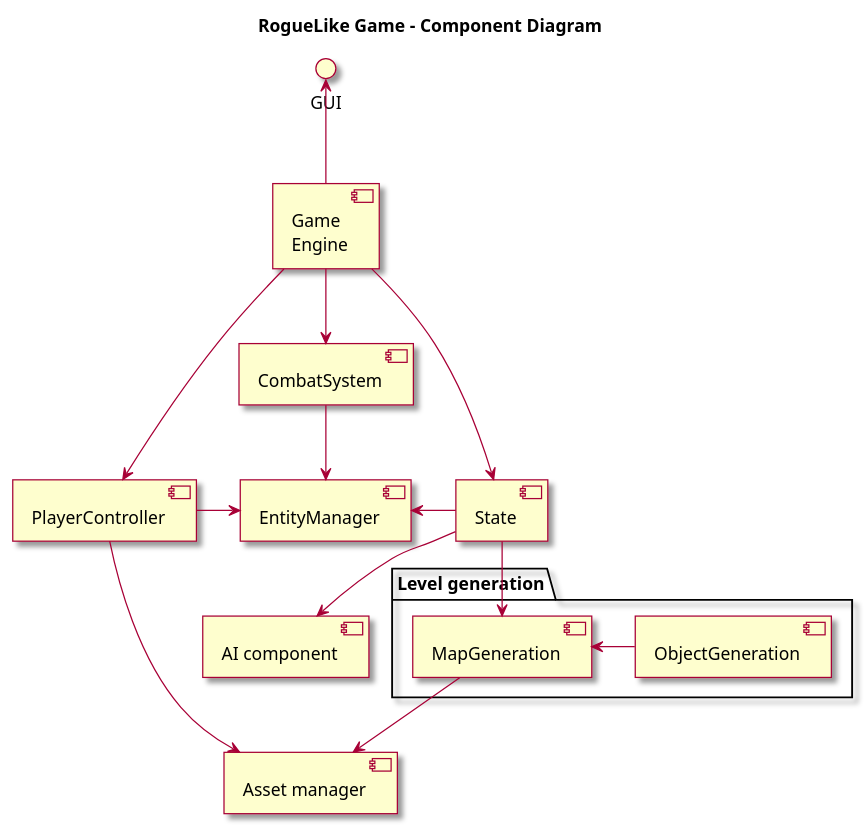
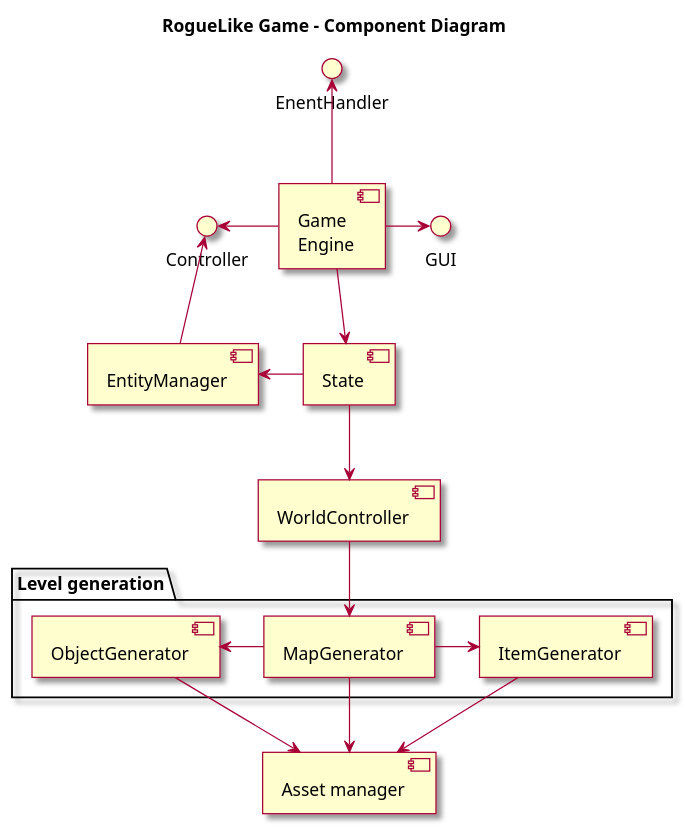
One commit to capitanFlint129/Rougelike changed the diagram in docs/components.puml. Above: the diagram before and after it, drawn with PlantUML.

```diff
--- a/docs/components.puml
+++ b/docs/components.puml
@@ -1,41 +1,35 @@
 @startuml
-
 skin rose
 
 title RogueLike Game - Component Diagram
 /'
 Define components
 '/
 [Game\nEngine] as GE
 [State] as State
-[AI component] as AI
+[EntityManager] as EM
 [Asset manager] as AM
 package "Level generation" {
-  [MapGeneration] as MG
-  [ObjectGeneration] as OG
+  [MapGenerator] as MG
+  [ObjectGenerator] as OG
+  [ItemGenerator] AS IG
 }
-[EntityManager] as EM
-[PlayerController] as PC
-interface "GUI" as GUI
-[CombatSystem] as CS
+[WorldController] as WC
 /'
 ===================================
 '/
+EnentHandler <-- GE
+Controller <-- EM
+Controller <- GE
+GE -> GUI
+GE --> State
+EM <- State 
 
-
-GUI <-- GE
-GE --> State
-GE --> CS
-GE -> PC
-State --> AI
-EM <- State
-State --> MG
-
-PC -> AM
-PC -> EM
-CS --> EM
- 
+State --> WC
+WC --> MG 
 MG --> AM
-MG <- OG
-
+OG --> AM
+IG --> AM
+OG <- MG
+MG -> IG
 @enduml
```
